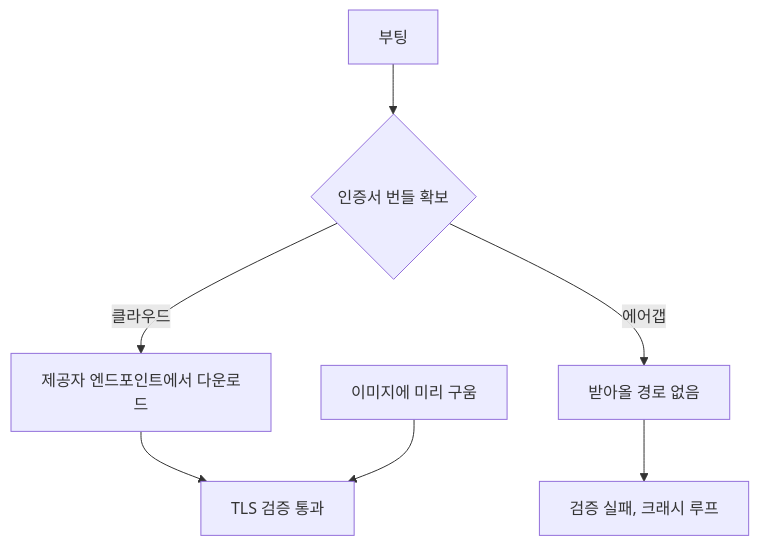
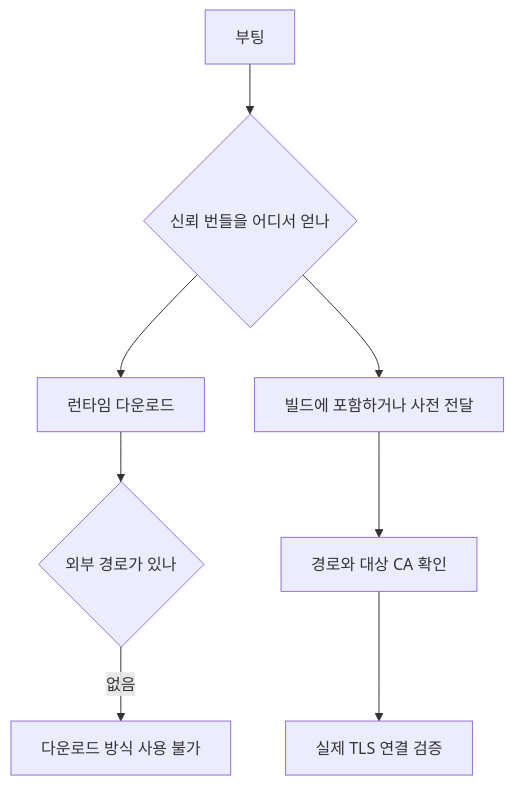
One commit to kukjun/blog changed the diagram in src/content/blog/ko/k8s-to-single-box.md. Above: the diagram before and after it, drawn with Mermaid. The commit also changed other lines of this file and 32 other files, not shown here.

````diff
--- a/src/content/blog/ko/k8s-to-single-box.md
+++ b/src/content/blog/ko/k8s-to-single-box.md
@@ -88,9 +90,10 @@
 ```mermaid
 flowchart TD
-  A[부팅] --> B{인증서 번들 확보}
-  B -- 클라우드 --> C[제공자 엔드포인트에서 다운로드]
-  B -- 에어갭 --> D[받아올 경로 없음]
-  C --> E[TLS 검증 통과]
-  D --> F[검증 실패, 크래시 루프]
-  G[이미지에 미리 구움] --> E
+  A[부팅] --> B{신뢰 번들을 어디서 얻나}
+  B --> C[런타임 다운로드]
+  C --> D{외부 경로가 있나}
+  D -- 없음 --> E[다운로드 방식 사용 불가]
+  B --> F[빌드에 포함하거나 사전 전달]
+  F --> G[경로와 대상 CA 확인]
+  G --> H[실제 TLS 연결 검증]
 ```
````
